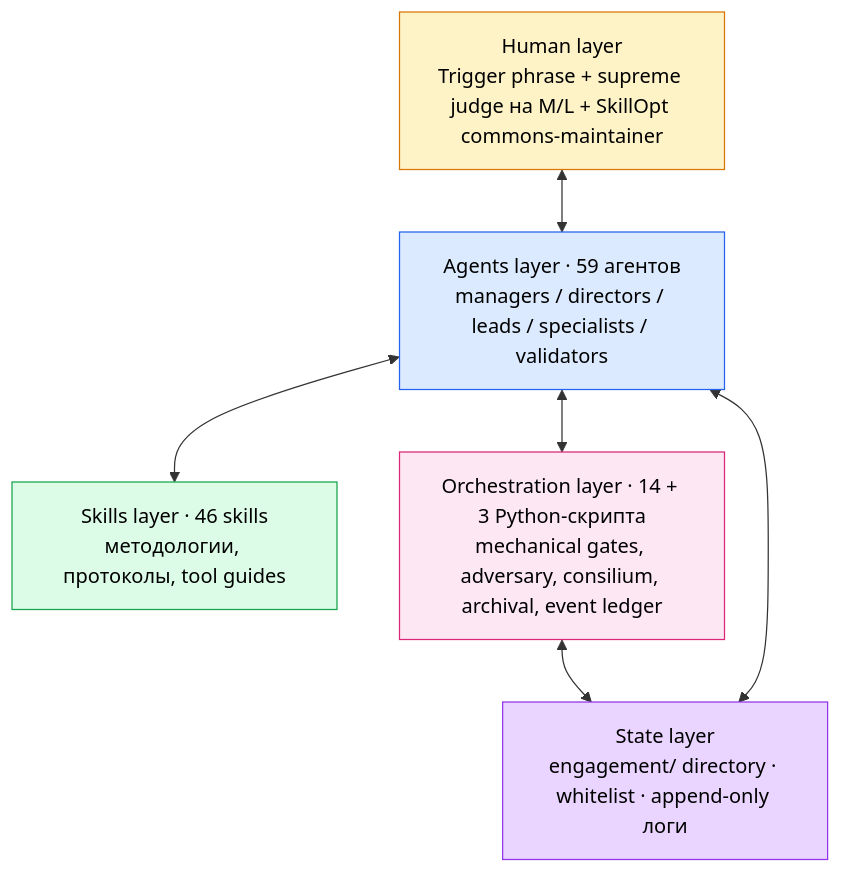
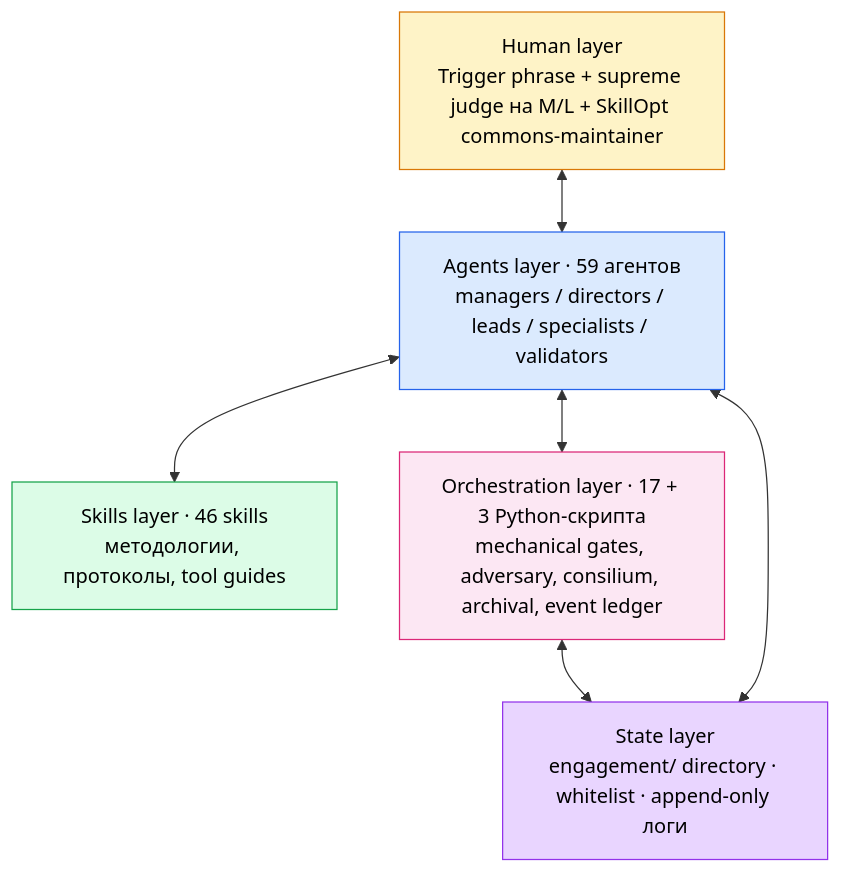
The first of 2 diagrams in README.ru.md (AgentShekel/agentic-workflow), drawn with Mermaid before and after one commit. The commit also changed other lines of this file and 4 other files, not shown here.

````diff
--- a/README.ru.md
+++ b/README.ru.md
@@ -92,26 +92,26 @@
 ```mermaid
 flowchart TB
     H["Human layer<br/>Trigger phrase + supreme judge на M/L + SkillOpt commons-maintainer"]
     A["Agents layer · 59 агентов<br/>managers / directors / leads / specialists / validators"]
     S["Skills layer · 46 skills<br/>методологии, протоколы, tool guides"]
-    O["Orchestration layer · 14 + 3 Python-скрипта<br/>mechanical gates, adversary, consilium, archival, event ledger"]
+    O["Orchestration layer · 17 + 3 Python-скрипта<br/>mechanical gates, adversary, consilium, archival, event ledger"]
     St["State layer<br/>engagement/ directory · whitelist · append-only логи"]
 
     H <--> A
     A <--> S
     A <--> O
     O <--> St
     A <--> St
 
     classDef human fill:#fef3c7,stroke:#d97706,color:#000
     classDef agents fill:#dbeafe,stroke:#2563eb,color:#000
     classDef skills fill:#dcfce7,stroke:#16a34a,color:#000
     classDef orch fill:#fce7f3,stroke:#db2777,color:#000
     classDef state fill:#e9d5ff,stroke:#9333ea,color:#000
 
     class H human
     class A agents
     class S skills
     class O orch
     class St state
 ```
````
